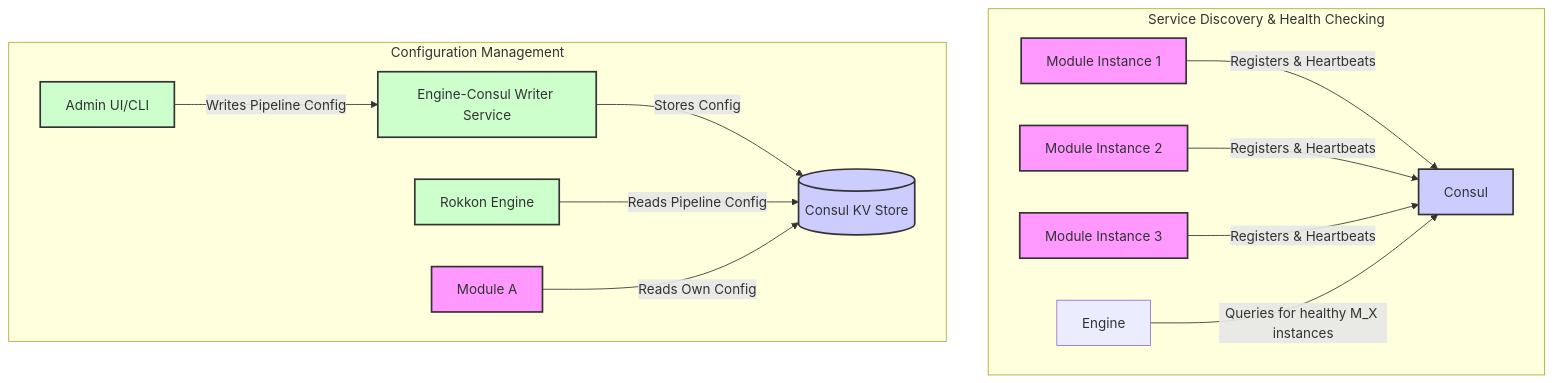
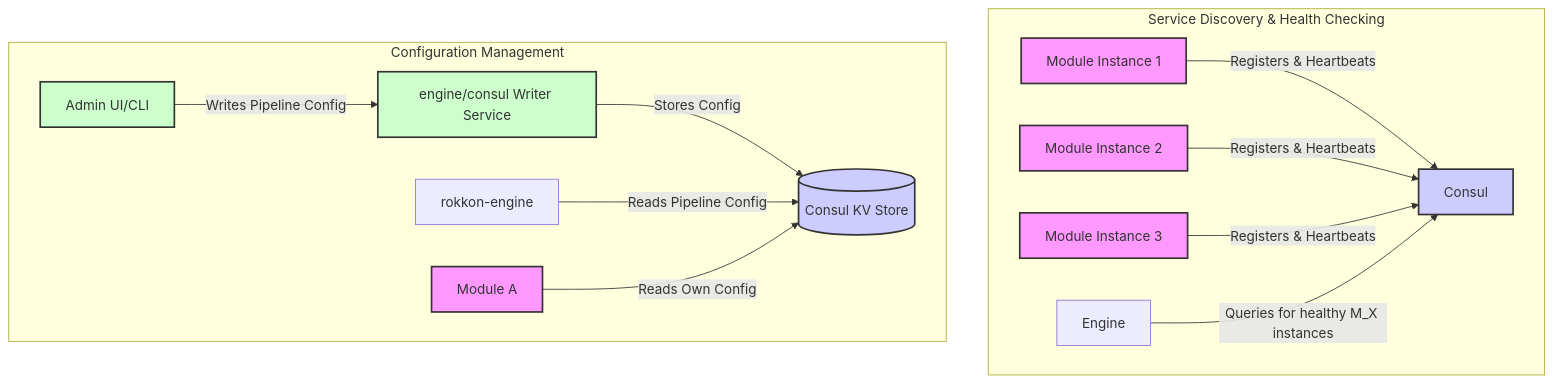
Before and after one commit to krickert/rokkon: the second of 3 diagrams in ARCHITECTURE/Architecture_overview.md, drawn with Mermaid. The commit also changed other lines of this file and 8 other files, not shown here.

````diff
--- a/ARCHITECTURE/Architecture_overview.md
+++ b/ARCHITECTURE/Architecture_overview.md
@@ -83,24 +83,24 @@
 ```mermaid
 graph TD
     subgraph "Service Discovery & Health Checking"
         M1[Module Instance 1] -- Registers & Heartbeats --> Consul
         M2[Module Instance 2] -- Registers & Heartbeats --> Consul
         M3[Module Instance 3] -- Registers & Heartbeats --> Consul
         Engine -- Queries for healthy M_X instances --> Consul
     end
 
     subgraph "Configuration Management"
-        AdminUI[Admin UI/CLI] -- Writes Pipeline Config --> EngineConsulWriter[Engine-Consul Writer Service]
+        AdminUI[Admin UI/CLI] -- Writes Pipeline Config --> EngineConsulWriter[engine/consul Writer Service]
         EngineConsulWriter -- Stores Config --> ConsulKV[(Consul KV Store)]
-        RokkonEngine[Rokkon Engine] -- Reads Pipeline Config --> ConsulKV
+        rokkon-engine[rokkon-engine] -- Reads Pipeline Config --> ConsulKV
         ModuleA[Module A] -- Reads Own Config --> ConsulKV
     end
 
     classDef service fill:#f9f,stroke:#333,stroke-width:2px;
     classDef consulComponent fill:#ccf,stroke:#333,stroke-width:2px;
     classDef admin fill:#cfc,stroke:#333,stroke-width:2px;
 
     class M1,M2,M3,ModuleA service;
     class Consul,ConsulKV consulComponent;
     class AdminUI,EngineConsulWriter,RokkonEngine admin;
 ```
````
